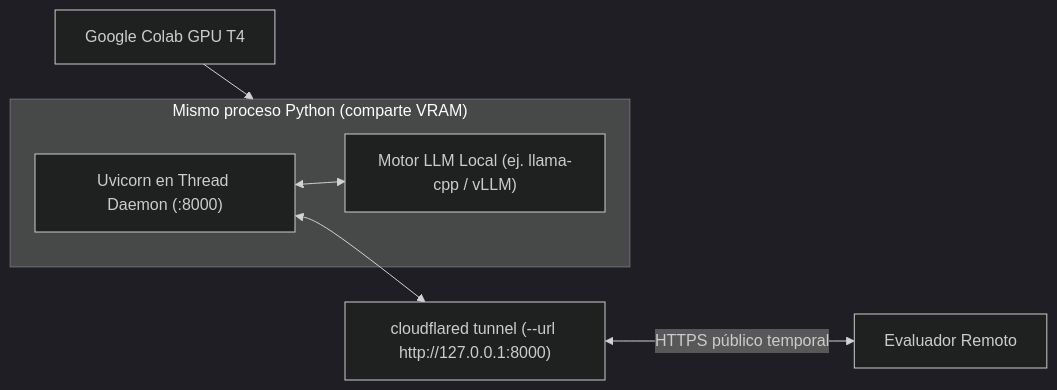
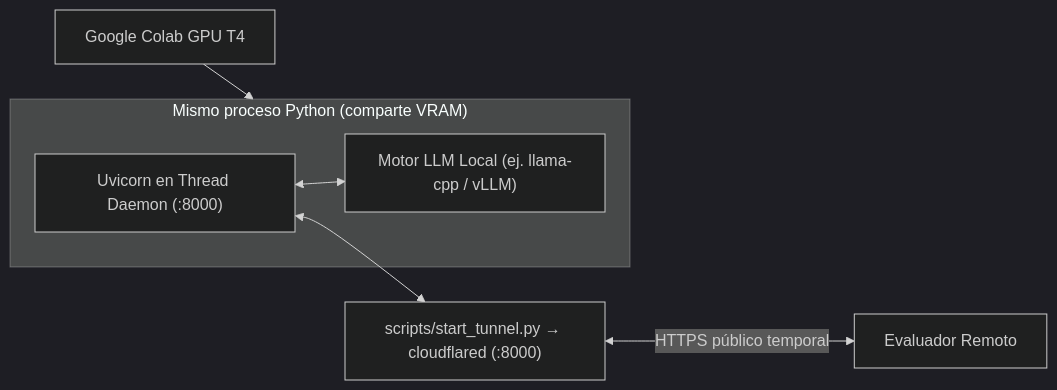
The third of 4 diagrams in ARCHITECTURE.md (chebaperez/aieng-utn-rag-challenge), drawn with Mermaid (dark theme) before and after one commit. The commit also changed other lines of this file and 5 other files, not shown here.

Commit message:
feat: add scripts/start_tunnel.py helper, reuse in Colab, and update tunnel docs

````diff
--- a/ARCHITECTURE.md
+++ b/ARCHITECTURE.md
@@ -134,12 +136,12 @@
 ```mermaid
 flowchart LR
     Colab["Google Colab GPU T4"]
     subgraph Kernel["Mismo proceso Python (comparte VRAM)"]
         LLM["Motor LLM Local (ej. llama-cpp / vLLM)"]
         UV["Uvicorn en Thread Daemon (:8000)"]
         UV <--> LLM
     end
     Colab --> Kernel
-    UV <--> CF["cloudflared tunnel (--url http://127.0.0.1:8000)"]
+    UV <--> CF["scripts/start_tunnel.py → cloudflared (:8000)"]
     CF <-->|"HTTPS público temporal"| REM["Evaluador Remoto"]
 ```
````
